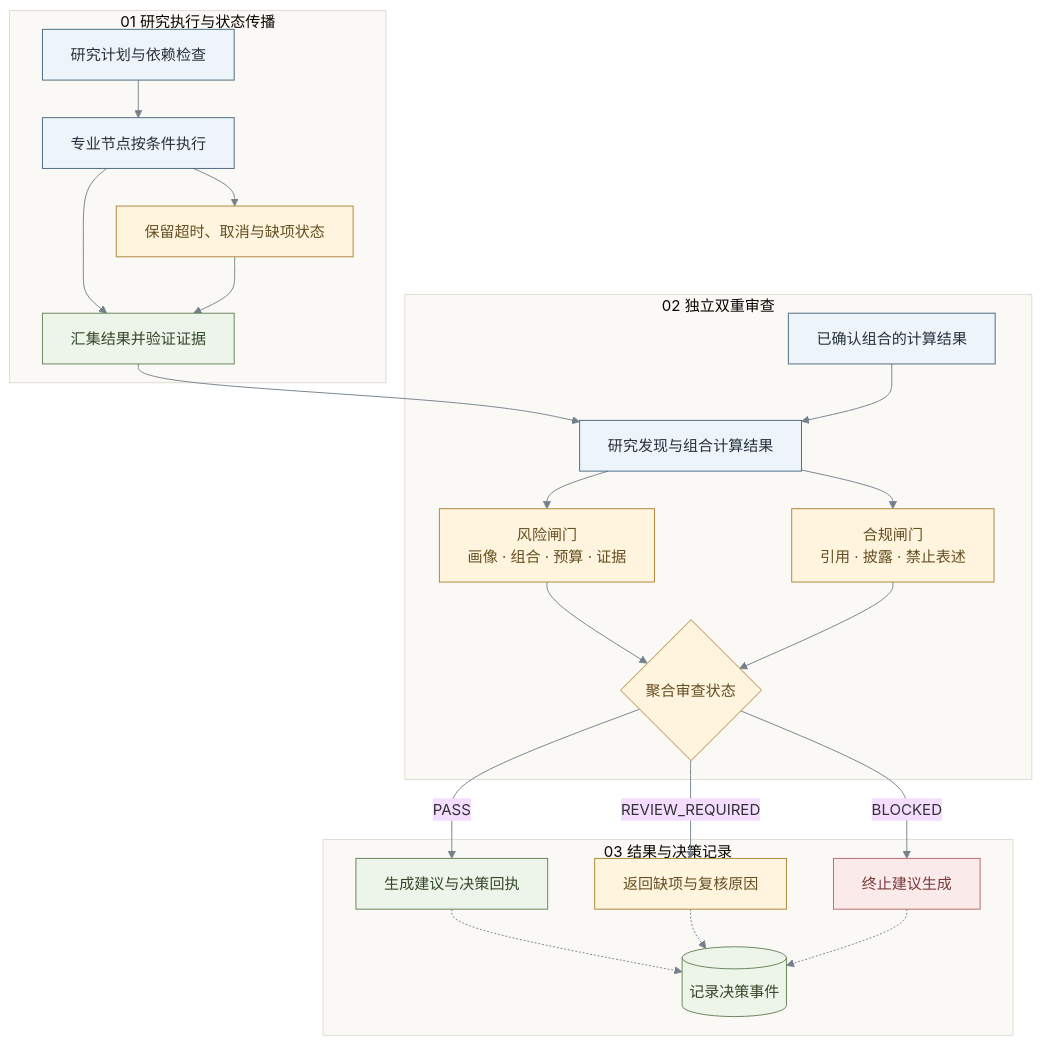
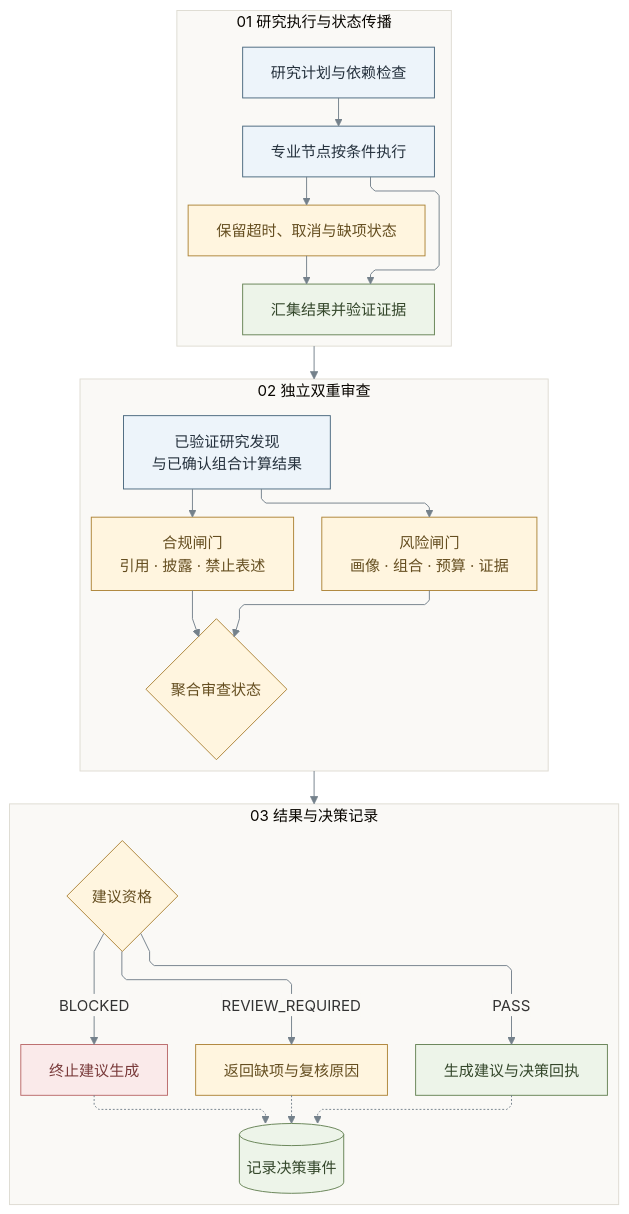
The sixth of 8 diagrams in docs/submission/competition-technical-solution.md (1917173927/prism), drawn with Mermaid before and after one commit. The commit also changed other lines of this file and 9 other files, not shown here.

Commit message:
docs: 优化技术图的竖向布局与连线

````diff
--- a/docs/submission/competition-technical-solution.md
+++ b/docs/submission/competition-technical-solution.md
@@ -448,34 +502,38 @@
 ```mermaid
-%%{init: {"theme":"base","themeVariables":{"fontFamily":"Microsoft YaHei, sans-serif","lineColor":"#74818b","clusterBkg":"#faf9f6","clusterBorder":"#dedbd2"},"flowchart":{"curve":"basis","rankSpacing":40}}}%%
-flowchart TD
+%%{init: {"theme":"base","themeVariables":{"fontFamily":"Microsoft YaHei, sans-serif","lineColor":"#74818b","edgeLabelBackground":"#faf9f6","clusterBkg":"#faf9f6","clusterBorder":"#dedbd2"},"flowchart":{"curve":"linear","nodeSpacing":36,"rankSpacing":48}}}%%
+flowchart-elk TD
     subgraph RESEARCH[01 研究执行与状态传播]
+    direction TB
     P[研究计划与依赖检查] --> N[专业节点按条件执行]
     N --> V[汇集结果并验证证据]
     N --> X[保留超时、取消与缺项状态]
     X --> V
     end
     subgraph GATES[02 独立双重审查]
-    V --> A[研究发现与组合计算结果]
-    Q[已确认组合的计算结果] --> A
+    direction TB
+    A[已验证研究发现<br/>与已确认组合计算结果]
     A --> B[风险闸门<br/>画像 · 组合 · 预算 · 证据]
     A --> C[合规闸门<br/>引用 · 披露 · 禁止表述]
     B --> D{聚合审查状态}
     C --> D
     end
     subgraph DECISION[03 结果与决策记录]
-    D -->|PASS| E[生成建议与决策回执]
-    D -->|REVIEW_REQUIRED| F[返回缺项与复核原因]
-    D -->|BLOCKED| G[终止建议生成]
+    direction TB
+    Z{建议资格} -->|PASS| E[生成建议与决策回执]
+    Z -->|REVIEW_REQUIRED| F[返回缺项与复核原因]
+    Z -->|BLOCKED| G[终止建议生成]
     E -.-> H[(记录决策事件)]
     F -.-> H
     G -.-> H
     end
+    RESEARCH --> GATES
+    GATES --> DECISION
     classDef input fill:#edf4fa,stroke:#49677d,color:#25313d
     classDef evidence fill:#edf4e9,stroke:#658254,color:#34472b
     classDef review fill:#fff5df,stroke:#ad8437,color:#654e20
     classDef blocked fill:#faeaea,stroke:#b96969,color:#793a3a
-    class P,N,A,Q input
+    class P,N,A input
     class V,E,H evidence
-    class X,B,C,D,F review
+    class X,B,C,D,F,Z review
     class G blocked
 ```
````
